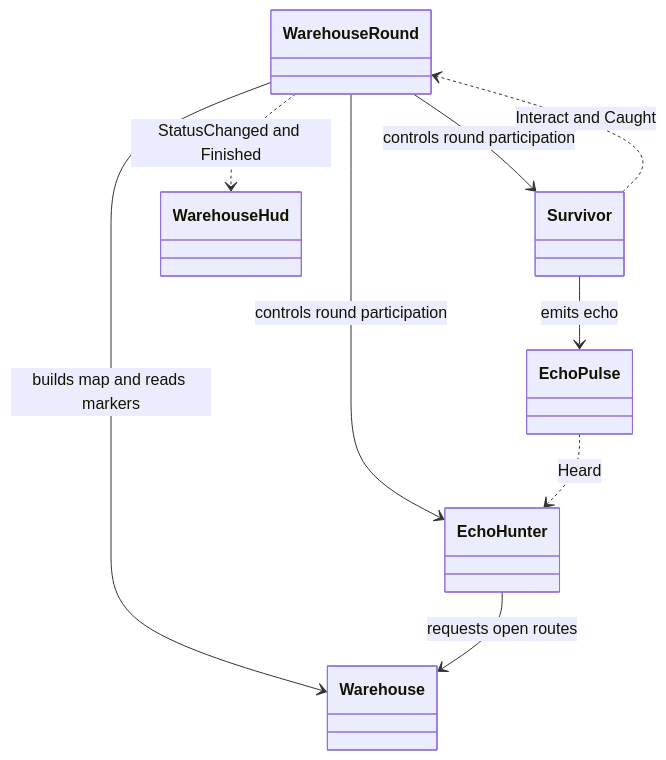
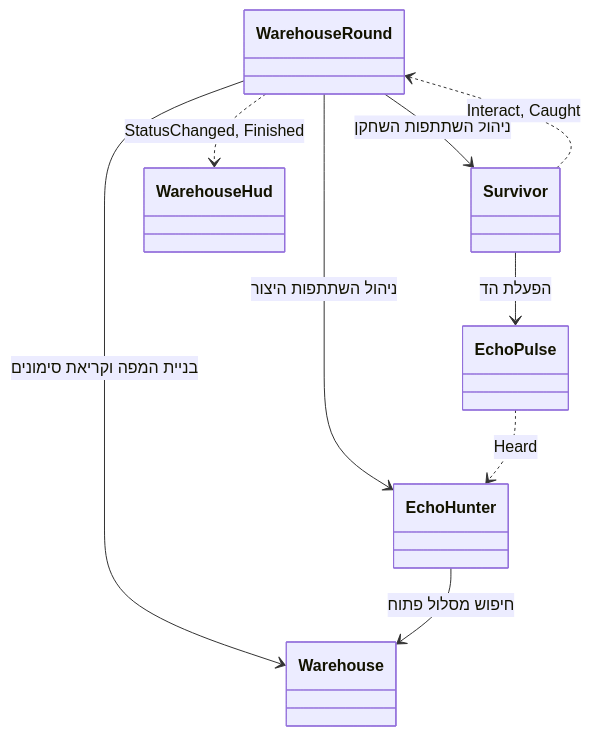
Before and after one commit to Kfir-And-Evyatar-Game-Dev/Sound-of-Survival-prototype: the diagram in README.md, drawn with Mermaid. The commit also changed other lines of this file, not shown here.

````diff
--- a/README.md
+++ b/README.md
@@ -15,11 +16,11 @@
 ```mermaid
 classDiagram
-    WarehouseRound --> Warehouse : builds map and reads markers
-    WarehouseRound --> Survivor : controls round participation
-    WarehouseRound --> EchoHunter : controls round participation
-    Survivor --> EchoPulse : emits echo
+    WarehouseRound --> Warehouse : בניית המפה וקריאת סימונים
+    WarehouseRound --> Survivor : ניהול השתתפות השחקן
+    WarehouseRound --> EchoHunter : ניהול השתתפות היצור
+    Survivor --> EchoPulse : הפעלת הד
     EchoPulse ..> EchoHunter : Heard
-    EchoHunter --> Warehouse : requests open routes
-    Survivor ..> WarehouseRound : Interact and Caught
-    WarehouseRound ..> WarehouseHud : StatusChanged and Finished
+    EchoHunter --> Warehouse : חיפוש מסלול פתוח
+    Survivor ..> WarehouseRound : Interact, Caught
+    WarehouseRound ..> WarehouseHud : StatusChanged, Finished
 ```
````
